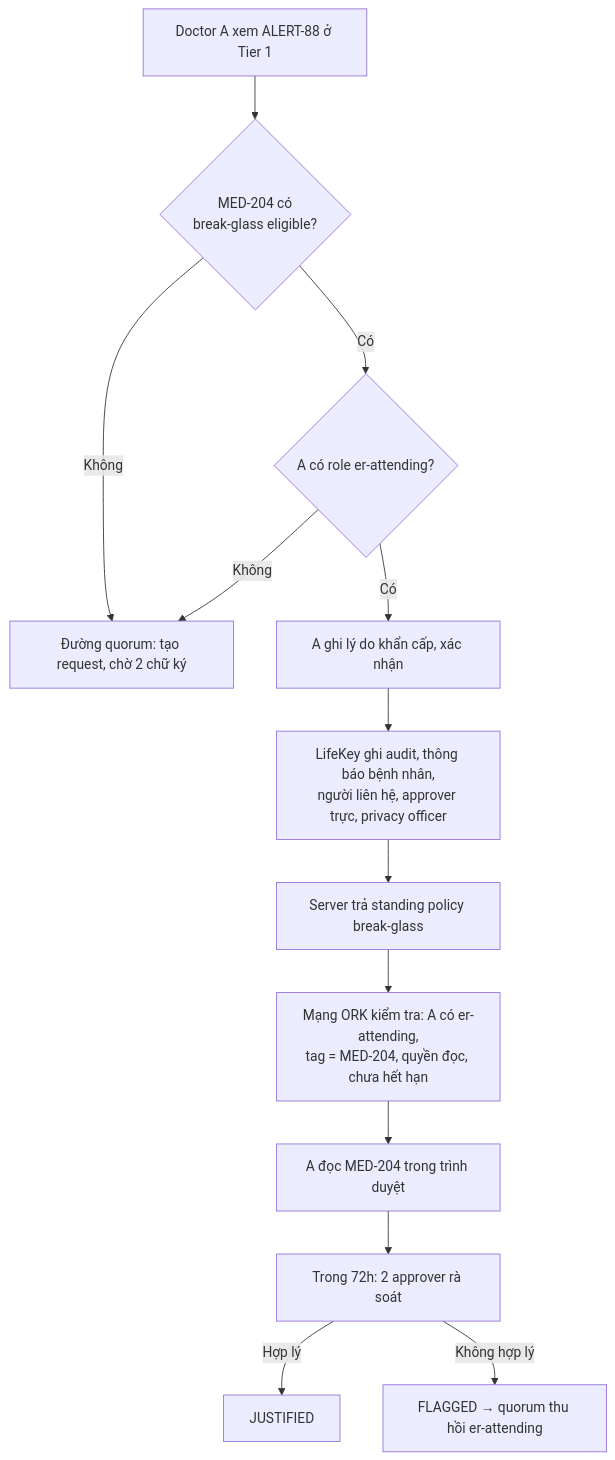
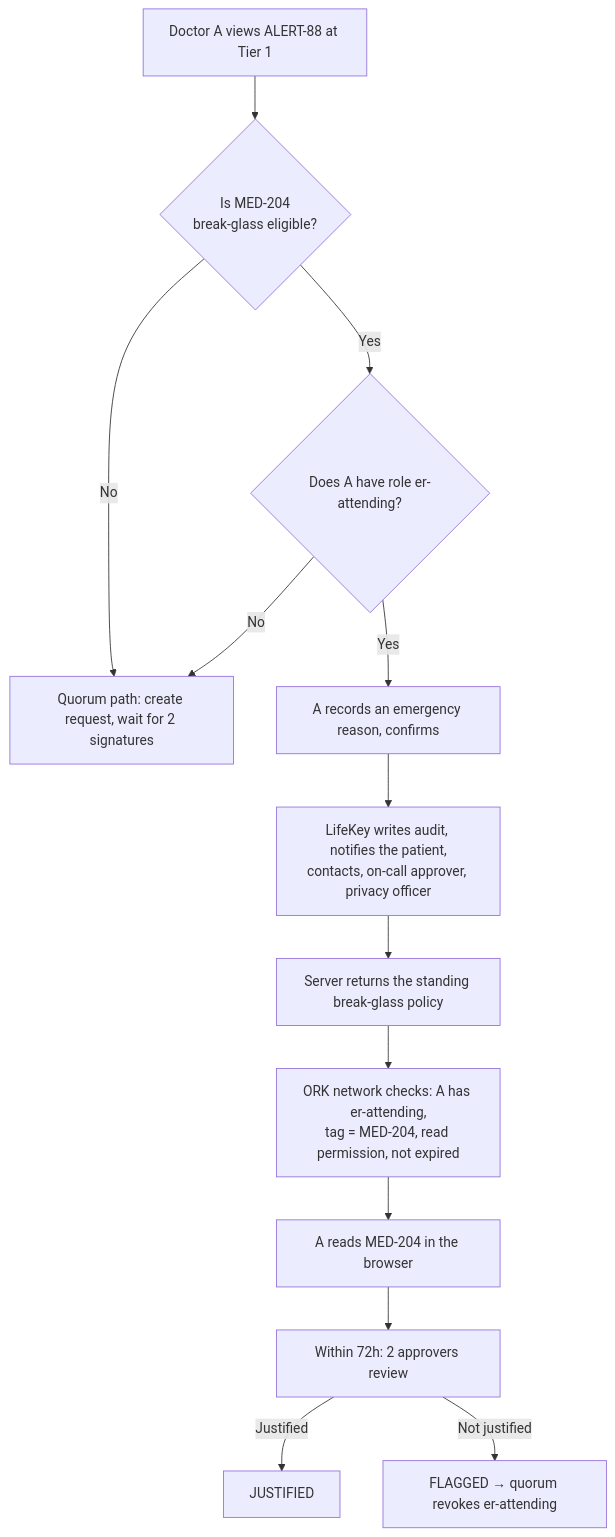
One commit to bngocdftu/lifekey changed the diagram in docs/LifeKey-design.md. Above: the diagram before and after it, drawn with Mermaid. The commit also changed other lines of this file and 58 other files, not shown here.

First line of the commit message:
Patient account, per-role requests, English UI and docs

````diff
--- a/docs/LifeKey-design.md
+++ b/docs/LifeKey-design.md
@@ -47,15 +47,15 @@
 ```mermaid
 flowchart TD
-    A[Doctor A xem ALERT-88 ở Tier 1] --> B{MED-204 có<br/>break-glass eligible?}
-    B -->|Không| Q[Đường quorum: tạo request, chờ 2 chữ ký]
-    B -->|Có| C{A có role er-attending?}
-    C -->|Không| Q
-    C -->|Có| D[A ghi lý do khẩn cấp, xác nhận]
-    D --> E[LifeKey ghi audit, thông báo bệnh nhân,<br/>người liên hệ, approver trực, privacy officer]
-    E --> F[Server trả standing policy break-glass]
-    F --> G[Mạng ORK kiểm tra: A có er-attending,<br/>tag = MED-204, quyền đọc, chưa hết hạn]
-    G --> H[A đọc MED-204 trong trình duyệt]
-    H --> I[Trong 72h: 2 approver rà soát]
-    I -->|Hợp lý| J[JUSTIFIED]
-    I -->|Không hợp lý| K[FLAGGED → quorum thu hồi er-attending]
+    A[Doctor A views ALERT-88 at Tier 1] --> B{Is MED-204<br/>break-glass eligible?}
+    B -->|No| Q[Quorum path: create request, wait for 2 signatures]
+    B -->|Yes| C{Does A have role er-attending?}
+    C -->|No| Q
+    C -->|Yes| D[A records an emergency reason, confirms]
+    D --> E[LifeKey writes audit, notifies the patient,<br/>contacts, on-call approver, privacy officer]
+    E --> F[Server returns the standing break-glass policy]
+    F --> G[ORK network checks: A has er-attending,<br/>tag = MED-204, read permission, not expired]
+    G --> H[A reads MED-204 in the browser]
+    H --> I[Within 72h: 2 approvers review]
+    I -->|Justified| J[JUSTIFIED]
+    I -->|Not justified| K[FLAGGED → quorum revokes er-attending]
 ```
````
